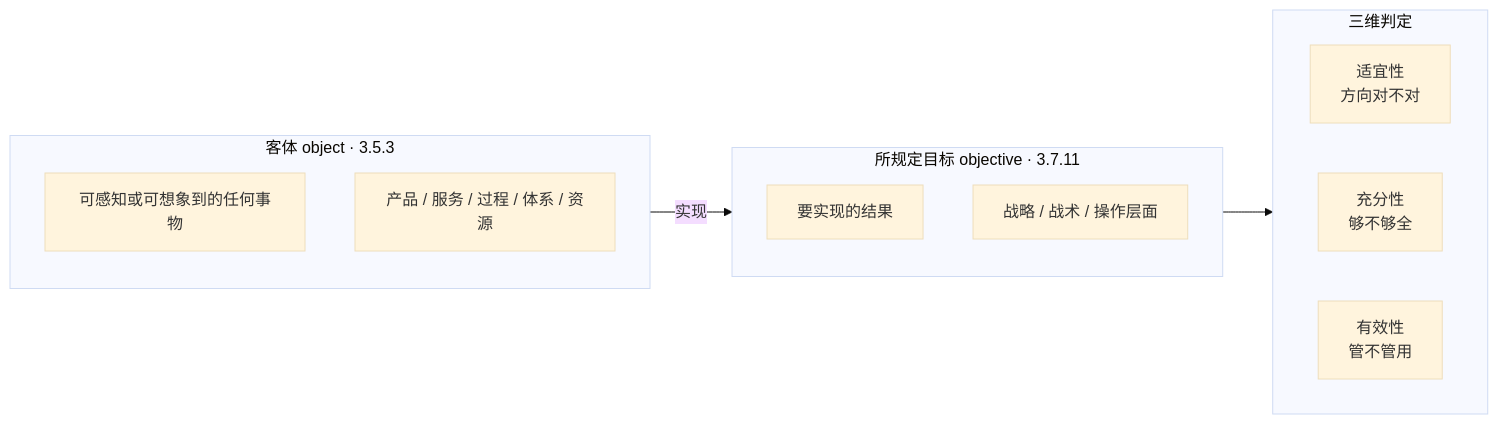
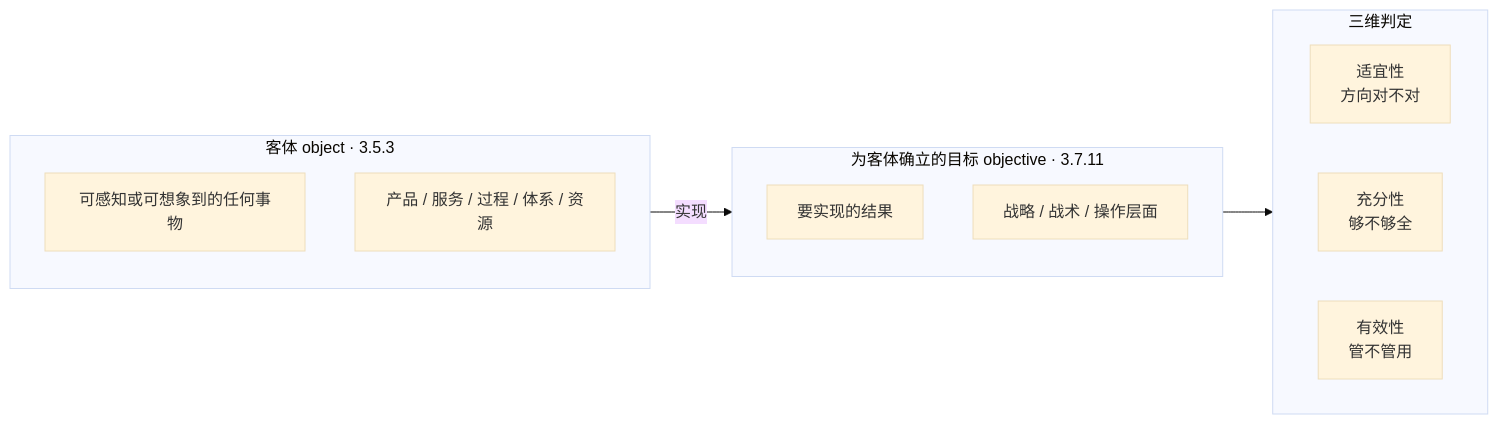
The third of 21 diagrams in 100-subprojects/01-系统工程研究/00-系统工程相关研究报告/03-评审概念研究报告-从评审定义到需求管理.md (Yongjunzhou/AOS-system-design), drawn with Mermaid (base theme) before and after one commit. The commit also changed other lines of this file and 21 other files, not shown here.

````diff
--- a/100-subprojects/01-系统工程研究/00-系统工程相关研究报告/03-评审概念研究报告-从评审定义到需求管理.md
+++ b/100-subprojects/01-系统工程研究/00-系统工程相关研究报告/03-评审概念研究报告-从评审定义到需求管理.md
@@ -133,21 +156,21 @@
 ```mermaid
 flowchart LR
     subgraph 客体["客体 object · 3.5.3"]
         direction TB
         A1["可感知或可想象到的任何事物"]
         A2["产品 / 服务 / 过程 / 体系 / 资源"]
     end
-    subgraph 目标["所规定目标 objective · 3.7.11"]
+    subgraph 目标["为客体确立的目标 objective · 3.7.11"]
         direction TB
         B1["要实现的结果"]
         B2["战略 / 战术 / 操作层面"]
     end
     客体 -->|"实现"| 目标
     subgraph 三维["三维判定"]
         direction LR
         C1["适宜性<br/>方向对不对"]
         C2["充分性<br/>够不够全"]
         C3["有效性<br/>管不管用"]
     end
     目标 --> 三维
 ```
````
